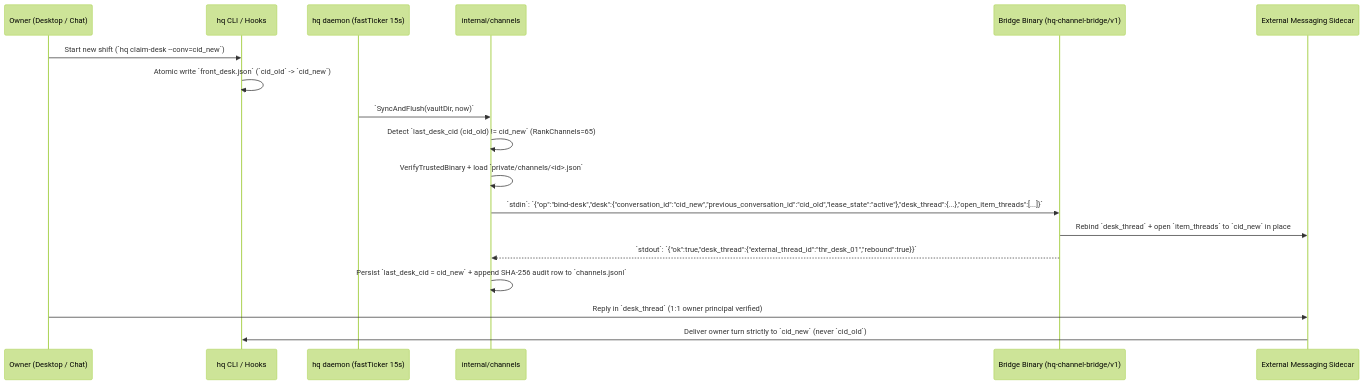
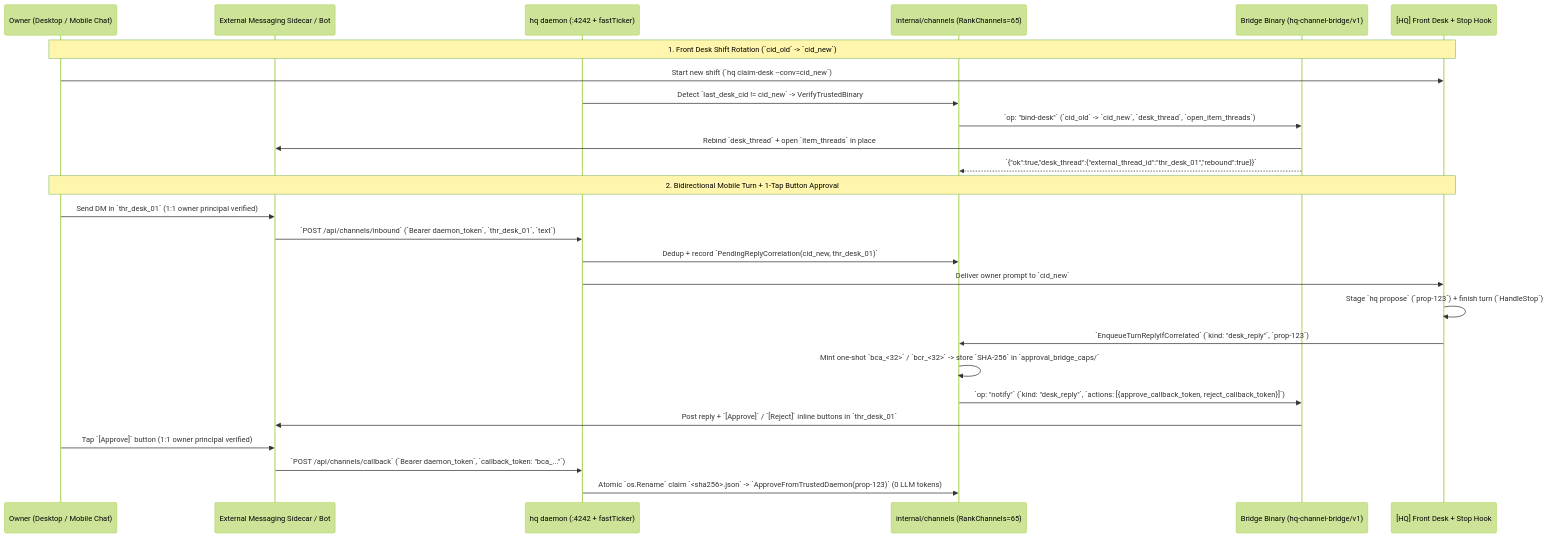
One commit to zjshen14/agy-hq changed the second of 2 diagrams in docs/design/0023-front-desk-channel-bridge.md. Above: the diagram before and after it, drawn with Mermaid (forest theme). The commit also changed other lines of this file and 2 other files, not shown here.

Commit message:
docs(rfc-0023): add inbound/desk_reply gateway and signed button callbacks

````diff
--- a/docs/design/0023-front-desk-channel-bridge.md
+++ b/docs/design/0023-front-desk-channel-bridge.md
@@ -77,21 +83,30 @@
 ```mermaid
 sequenceDiagram
-    participant U as Owner (Desktop / Chat)
-    participant HQ as hq CLI / Hooks
-    participant D as hq daemon (fastTicker 15s)
-    participant C as internal/channels
+    participant U as Owner (Desktop / Mobile Chat)
+    participant S as External Messaging Sidecar / Bot
+    participant D as hq daemon (:4242 + fastTicker)
+    participant C as internal/channels (RankChannels=65)
     participant B as Bridge Binary (hq-channel-bridge/v1)
-    participant S as External Messaging Sidecar
+    participant FD as [HQ] Front Desk + Stop Hook
 
-    U->>HQ: Start new shift (`hq claim-desk --conv=cid_new`)
-    HQ->>HQ: Atomic write `front_desk.json` (`cid_old` -> `cid_new`)
-    D->>C: `SyncAndFlush(vaultDir, now)`
-    C->>C: Detect `last_desk_cid (cid_old) != cid_new` (RankChannels=65)
-    C->>C: VerifyTrustedBinary + load `private/channels/<id>.json`
-    C->>B: `stdin`: `{"op":"bind-desk","desk":{"conversation_id":"cid_new","previous_conversation_id":"cid_old","lease_state":"active"},"desk_thread":{...},"open_item_threads":[...]}`
-    B->>S: Rebind `desk_thread` + open `item_threads` to `cid_new` in place
-    B-->>C: `stdout`: `{"ok":true,"desk_thread":{"external_thread_id":"thr_desk_01","rebound":true}}`
-    C->>C: Persist `last_desk_cid = cid_new` + append SHA-256 audit row to `channels.jsonl`
-    U->>S: Reply in `desk_thread` (1:1 owner principal verified)
-    S->>HQ: Deliver owner turn strictly to `cid_new` (never `cid_old`)
+    Note over U,FD: 1. Front Desk Shift Rotation (`cid_old` -> `cid_new`)
+    U->>FD: Start new shift (`hq claim-desk --conv=cid_new`)
+    D->>C: Detect `last_desk_cid != cid_new` -> VerifyTrustedBinary
+    C->>B: `op: "bind-desk"` (`cid_old` -> `cid_new`, `desk_thread`, `open_item_threads`)
+    B->>S: Rebind `desk_thread` + open `item_threads` in place
+    B-->>C: `{"ok":true,"desk_thread":{"external_thread_id":"thr_desk_01","rebound":true}}`
+
+    Note over U,FD: 2. Bidirectional Mobile Turn + 1-Tap Button Approval
+    U->>S: Send DM in `thr_desk_01` (1:1 owner principal verified)
+    S->>D: `POST /api/channels/inbound` (`Bearer daemon_token`, `thr_desk_01`, `text`)
+    D->>C: Dedup + record `PendingReplyCorrelation(cid_new, thr_desk_01)`
+    D->>FD: Deliver owner prompt to `cid_new`
+    FD->>FD: Stage `hq propose` (`prop-123`) + finish turn (`HandleStop`)
+    FD->>C: `EnqueueTurnReplyIfCorrelated` (`kind: "desk_reply"`, `prop-123`)
+    C->>C: Mint one-shot `bca_<32>` / `bcr_<32>` -> store `SHA-256` in `approval_bridge_caps/`
+    C->>B: `op: "notify"` (`kind: "desk_reply"`, `actions: [{approve_callback_token, reject_callback_token}]`)
+    B->>S: Post reply + `[Approve]` / `[Reject]` inline buttons in `thr_desk_01`
+    U->>S: Tap `[Approve]` button (1:1 owner principal verified)
+    S->>D: `POST /api/channels/callback` (`Bearer daemon_token`, `callback_token: "bca_..."`)
+    D->>C: Atomic `os.Rename` claim `<sha256>.json` -> `ApproveFromTrustedDaemon(prop-123)` (0 LLM tokens)
 ```
````
